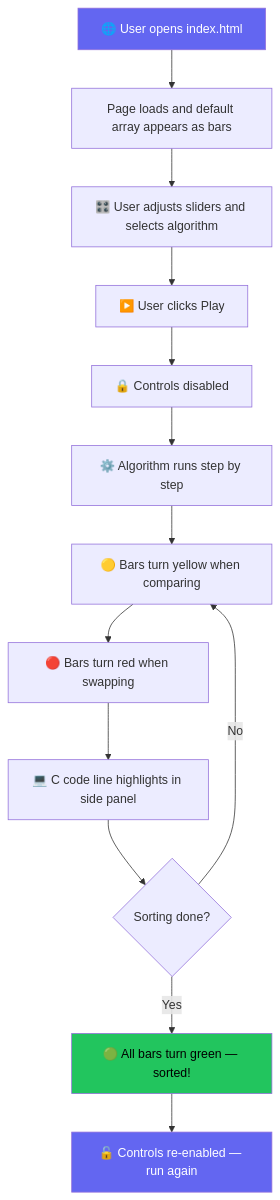
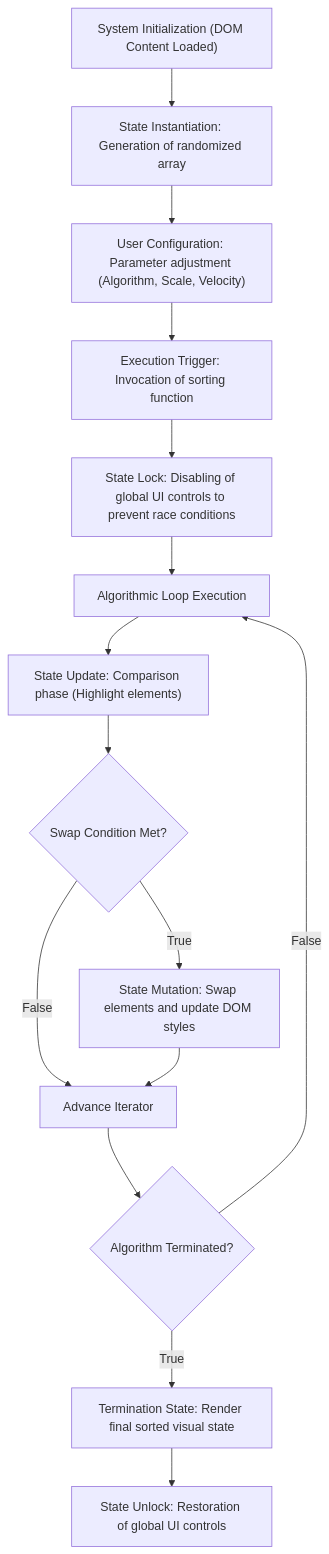
The diagram in COLLEGE_REPORT.md (findrishu/semicolon), drawn with Mermaid before and after one commit. The commit also changed other lines of this file and 3 other files, not shown here.

````diff
--- a/COLLEGE_REPORT.md
+++ b/COLLEGE_REPORT.md
@@ -92,19 +80,17 @@
 ```mermaid
 flowchart TD
-    A["🌐 User opens index.html"] --> B["Page loads and default array appears as bars"]
-    B --> C["🎛️ User adjusts sliders and selects algorithm"]
-    C --> D["▶️ User clicks Play"]
-    D --> E["🔒 Controls disabled"]
-    E --> F["⚙️ Algorithm runs step by step"]
-    F --> G["🟡 Bars turn yellow when comparing"]
-    G --> H["🔴 Bars turn red when swapping"]
-    H --> I["💻 C code line highlights in side panel"]
-    I --> J{"Sorting done?"}
-    J -- "No" --> G
-    J -- "Yes" --> K["🟢 All bars turn green — sorted!"]
-    K --> L["🔓 Controls re-enabled — run again"]
-
-    style A fill:#6366f1,color:#fff
-    style K fill:#22c55e,color:#000
-    style L fill:#6366f1,color:#fff
+    A["System Initialization (DOM Content Loaded)"] --> B["State Instantiation: Generation of randomized array"]
+    B --> C["User Configuration: Parameter adjustment (Algorithm, Scale, Velocity)"]
+    C --> D["Execution Trigger: Invocation of sorting function"]
+    D --> E["State Lock: Disabling of global UI controls to prevent race conditions"]
+    E --> F["Algorithmic Loop Execution"]
+    F --> G["State Update: Comparison phase (Highlight elements)"]
+    G --> H{"Swap Condition Met?"}
+    H -- "True" --> I["State Mutation: Swap elements and update DOM styles"]
+    H -- "False" --> J["Advance Iterator"]
+    I --> J
+    J --> K{"Algorithm Terminated?"}
+    K -- "False" --> F
+    K -- "True" --> L["Termination State: Render final sorted visual state"]
+    L --> M["State Unlock: Restoration of global UI controls"]
 ```
````
